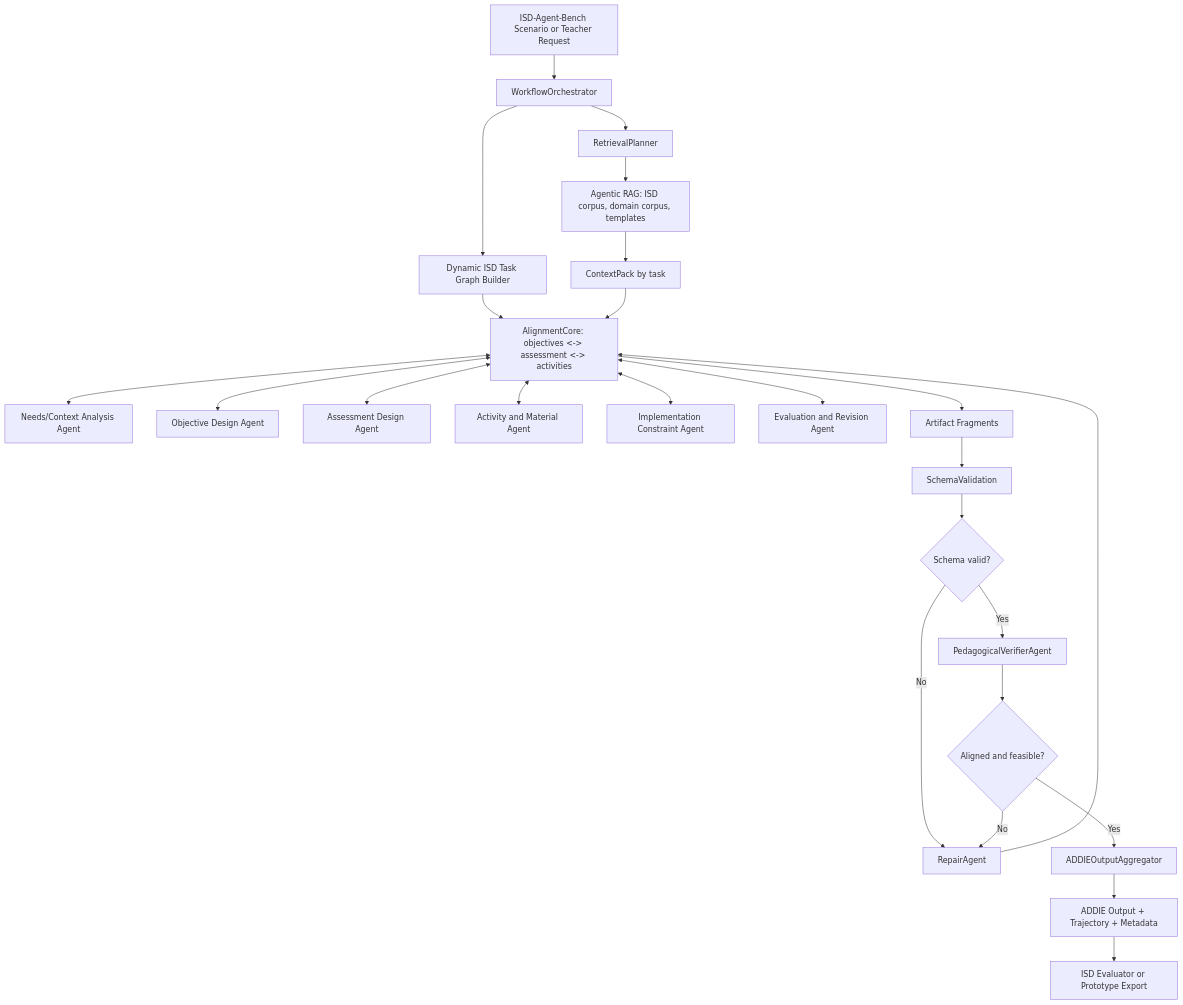
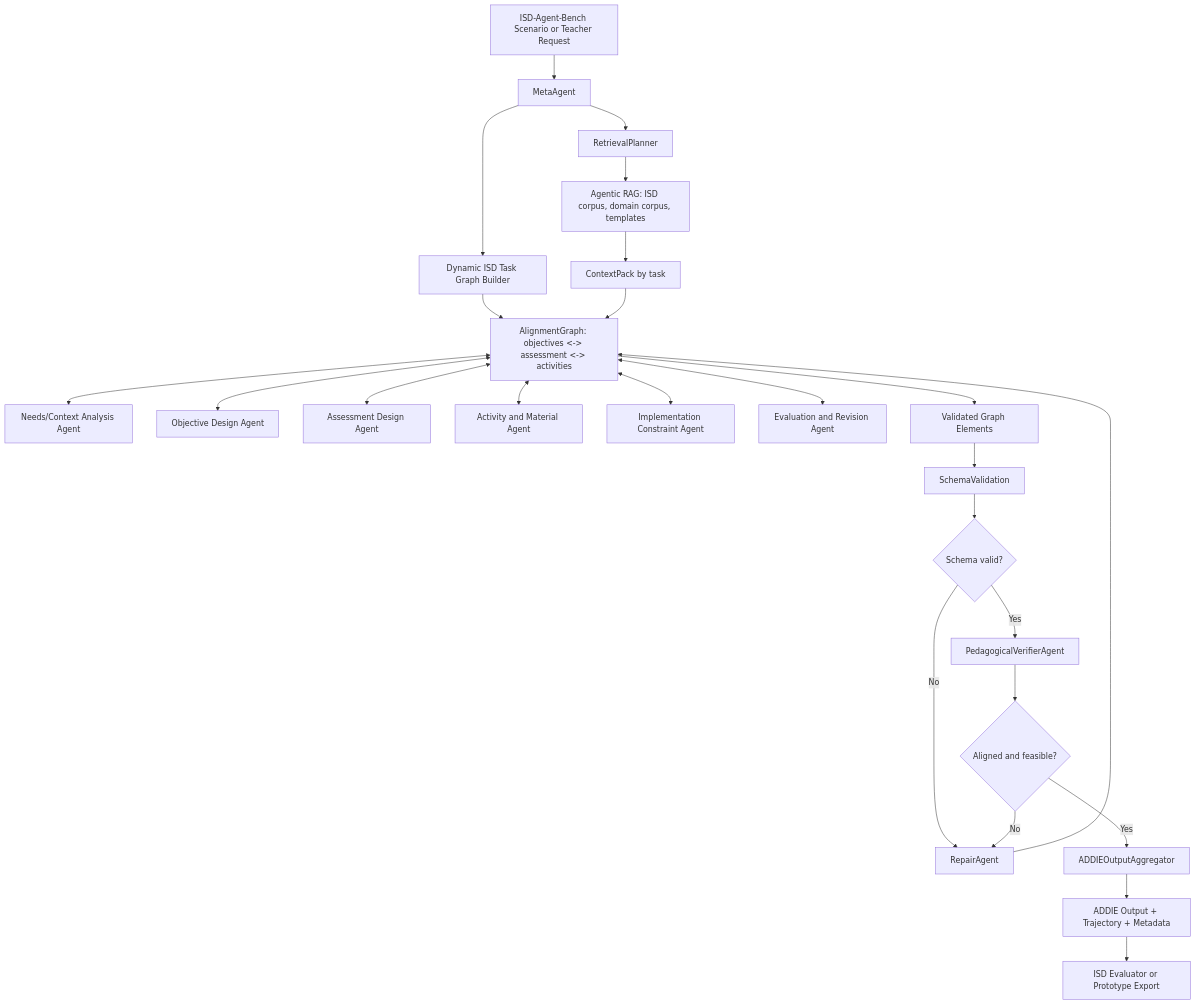
The diagram in docs/proposal.md (phuongbv00/alignmentgraph-isd), drawn with Mermaid before and after one commit. The commit also changed other lines of this file and 11 other files, not shown here.

````diff
--- a/docs/proposal.md
+++ b/docs/proposal.md
@@ -66,29 +92,29 @@
 ```mermaid
 flowchart TD
-    A["ISD-Agent-Bench Scenario or Teacher Request"] --> B["WorkflowOrchestrator"]
+    A["ISD-Agent-Bench Scenario or Teacher Request"] --> B["MetaAgent"]
     B --> C["Dynamic ISD Task Graph Builder"]
     B --> D["RetrievalPlanner"]
     D --> E["Agentic RAG: ISD corpus, domain corpus, templates"]
     E --> F["ContextPack by task"]
 
-    C --> G["AlignmentCore: objectives <-> assessment <-> activities"]
+    C --> G["AlignmentGraph: objectives <-> assessment <-> activities"]
     F --> G
     G <--> H["Needs/Context Analysis Agent"]
     G <--> I["Objective Design Agent"]
     G <--> J["Assessment Design Agent"]
     G <--> K["Activity and Material Agent"]
     G <--> L["Implementation Constraint Agent"]
     G <--> M["Evaluation and Revision Agent"]
 
-    G --> N["Artifact Fragments"]
+    G --> N["Validated Graph Elements"]
     N --> O["SchemaValidation"]
     O --> P{"Schema valid?"}
     P -- "No" --> Q["RepairAgent"]
     Q --> G
     P -- "Yes" --> R["PedagogicalVerifierAgent"]
     R --> S{"Aligned and feasible?"}
     S -- "No" --> Q
     S -- "Yes" --> T["ADDIEOutputAggregator"]
     T --> U["ADDIE Output + Trajectory + Metadata"]
     U --> V["ISD Evaluator or Prototype Export"]
 ```
````
